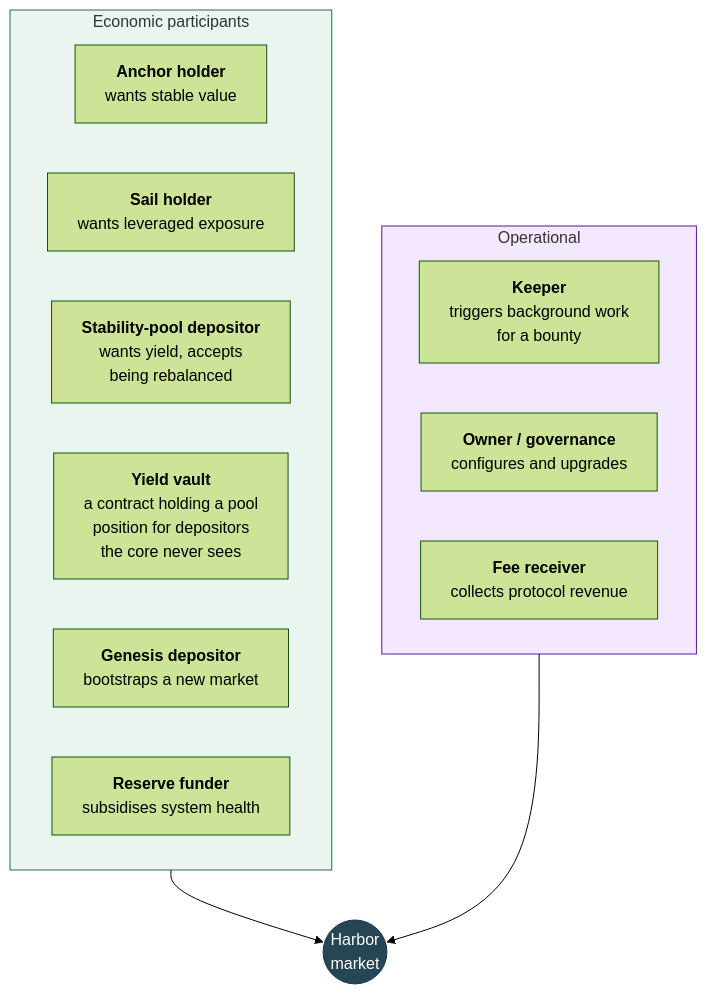
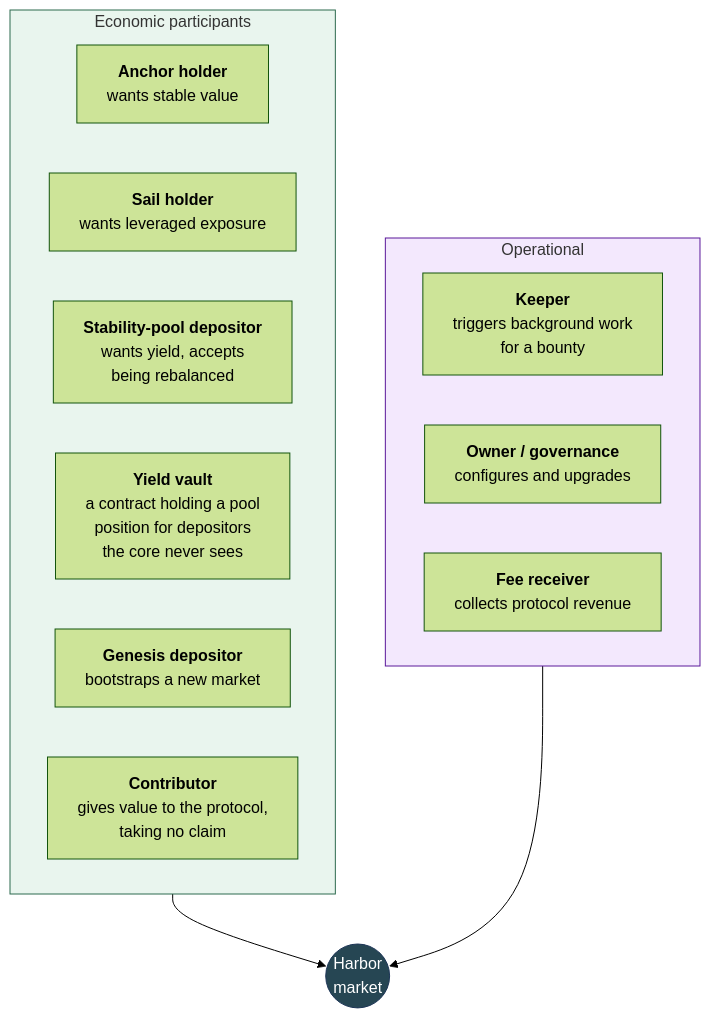
One commit to baofinance/harbor changed the second of 16 diagrams in doc/functional-spec.md. Above: the diagram before and after it, drawn with Mermaid (forest theme). The commit also changed other lines of this file and 6 other files, not shown here.

````diff
--- a/doc/functional-spec.md
+++ b/doc/functional-spec.md
@@ -300,23 +305,23 @@
 ```mermaid
 flowchart TB
     subgraph users["Economic participants"]
         A["<b>Anchor holder</b><br/>wants stable value"]
         S["<b>Sail holder</b><br/>wants leveraged exposure"]
         D["<b>Stability-pool depositor</b><br/>wants yield, accepts<br/>being rebalanced"]
         Y["<b>Yield vault</b><br/>a contract holding a pool<br/>position for depositors<br/>the core never sees"]
         G["<b>Genesis depositor</b><br/>bootstraps a new market"]
-        R["<b>Reserve funder</b><br/>subsidises system health"]
+        R["<b>Contributor</b><br/>gives value to the protocol,<br/>taking no claim"]
     end
     subgraph ops["Operational"]
         K["<b>Keeper</b><br/>triggers background work<br/>for a bounty"]
         O["<b>Owner / governance</b><br/>configures and upgrades"]
         F["<b>Fee receiver</b><br/>collects protocol revenue"]
     end
 
     users --> H(("Harbor<br/>market"))
     ops --> H
 
     style H fill:#264653,stroke:#1d3557,color:#fff
     style users fill:#e9f5ee,stroke:#2d6a4f
     style ops fill:#f3e8fd,stroke:#5a189a
 ```
````
